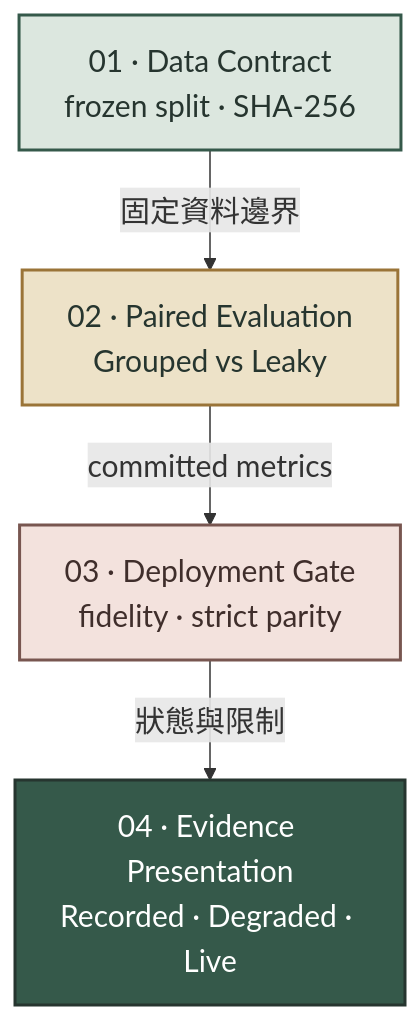
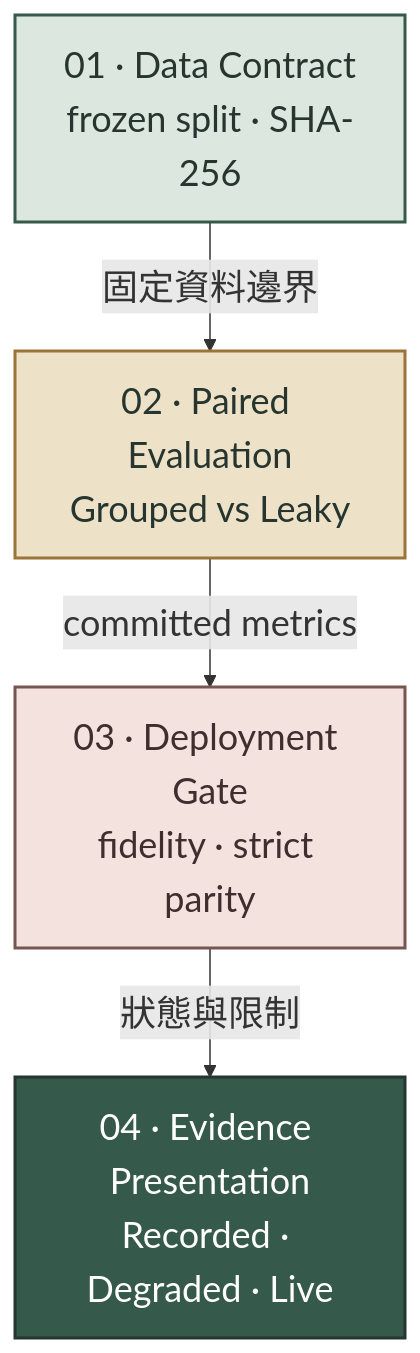
Before and after one commit to kuotunyu/pcb-defect-detection: the second of 5 diagrams in README.md, drawn with Mermaid. The commit also changed other lines of this file and 2 other files, not shown here.

Commit message:
docs: increase Mermaid diagram legibility

````diff
--- a/README.md
+++ b/README.md
@@ -93,25 +90,25 @@
 ```mermaid
-%%{init: {'themeVariables': {'fontSize': '20px'}}}%%
+%%{init: {'themeVariables': {'fontSize': '24px'}}}%%
 flowchart TB
     accTitle: PCB 瑕疵偵測的 evidence-first 四層架構
     accDescr: Frozen data contract 依序驅動 paired evaluation、deployment gate 與 evidence presentation；失敗的 gate 只進入 Recorded evidence 或 Degraded mode。
 
     Data["01 · Data Contract<br/>frozen split · SHA-256"]
     Evaluation["02 · Paired Evaluation<br/>Grouped vs Leaky"]
     Gate["03 · Deployment Gate<br/>fidelity · strict parity"]
     Presentation["04 · Evidence Presentation<br/>Recorded · Degraded · Live"]
 
     Data -->|固定資料邊界| Evaluation
     Evaluation -->|committed metrics| Gate
     Gate -->|狀態與限制| Presentation
 
     classDef contract fill:#DCE7DF,stroke:#35594A,stroke-width:2px,color:#26352F
     classDef process fill:#EDE2C8,stroke:#9A7438,stroke-width:2px,color:#26352F
     classDef gate fill:#F3E2DD,stroke:#785650,stroke-width:2px,color:#3F2E2B
     classDef verified fill:#35594A,stroke:#26352F,stroke-width:2px,color:#FFFFFF
 
     class Data contract
     class Evaluation process
     class Gate gate
     class Presentation verified
 ```
````
